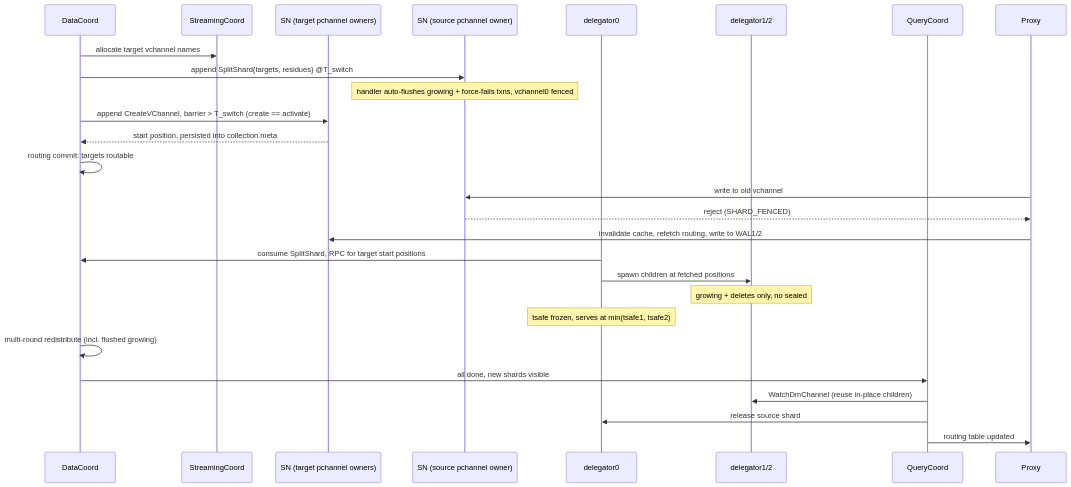
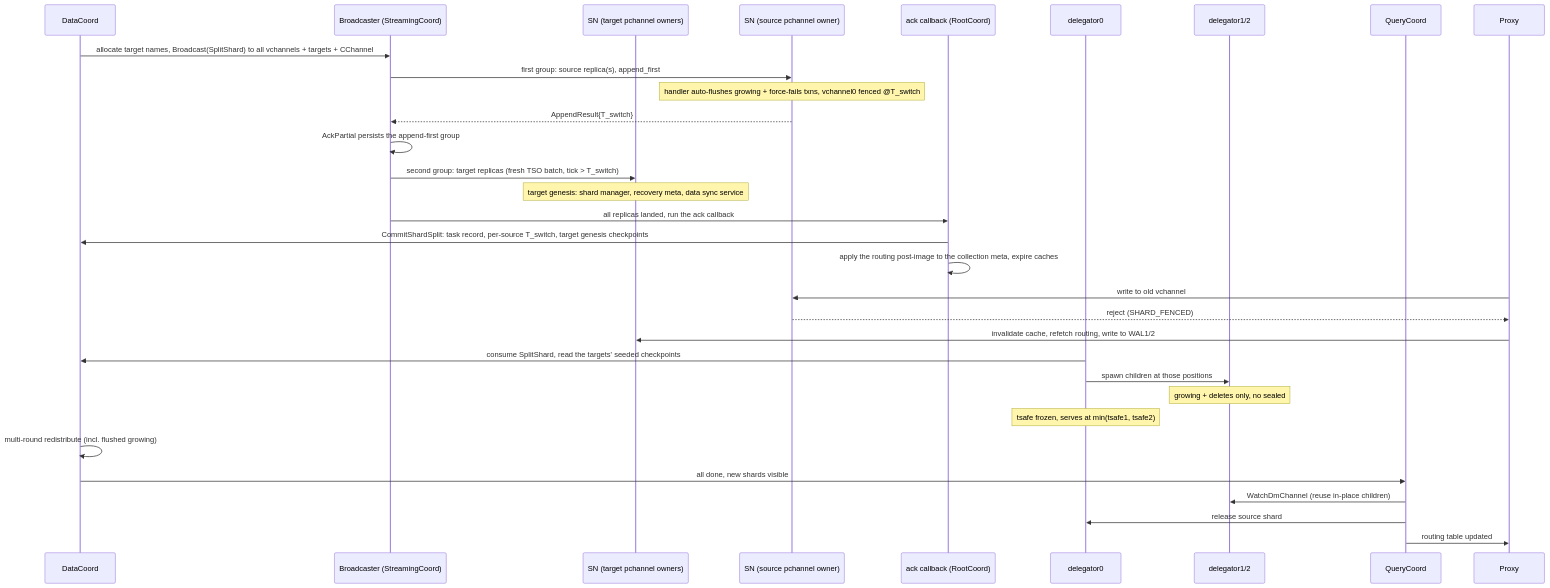
One commit to milvus-io/milvus changed the second of 4 diagrams in docs/design-docs/design_docs/20260610-shard_split.md. Above: the diagram before and after it, drawn with Mermaid. The commit also changed other lines of this file and 5 other files, not shown here.

````diff
--- a/docs/design-docs/design_docs/20260610-shard_split.md
+++ b/docs/design-docs/design_docs/20260610-shard_split.md
@@ -450,29 +539,34 @@
 ```mermaid
 sequenceDiagram
     participant DC as DataCoord
-    participant SC as StreamingCoord
+    participant BC as Broadcaster (StreamingCoord)
     participant SNT as SN (target pchannel owners)
     participant SN0 as SN (source pchannel owner)
+    participant CB as ack callback (RootCoord)
     participant D0 as delegator0
     participant D12 as delegator1/2
     participant QC as QueryCoord
     participant PX as Proxy
-    DC->>SC: allocate target vchannel names
-    DC->>SN0: append SplitShard{targets, residues} @T_switch
-    Note over SN0: handler auto-flushes growing + force-fails txns, vchannel0 fenced
-    DC->>SNT: append CreateVChannel, barrier > T_switch (create == activate)
-    SNT-->>DC: start position, persisted into collection meta
-    DC->>DC: routing commit: targets routable
+    DC->>BC: allocate target names, Broadcast(SplitShard) to all vchannels + targets + CChannel
+    BC->>SN0: first group: source replica(s), append_first
+    Note over SN0: handler auto-flushes growing + force-fails txns, vchannel0 fenced @T_switch
+    SN0-->>BC: AppendResult{T_switch}
+    BC->>BC: AckPartial persists the append-first group
+    BC->>SNT: second group: target replicas (fresh TSO batch, tick > T_switch)
+    Note over SNT: target genesis: shard manager, recovery meta, data sync service
+    BC->>CB: all replicas landed, run the ack callback
+    CB->>DC: CommitShardSplit: task record, per-source T_switch, target genesis checkpoints
+    CB->>CB: apply the routing post-image to the collection meta, expire caches
     PX->>SN0: write to old vchannel
     SN0-->>PX: reject (SHARD_FENCED)
     PX->>SNT: invalidate cache, refetch routing, write to WAL1/2
-    D0->>DC: consume SplitShard, RPC for target start positions
-    D0->>D12: spawn children at fetched positions
+    D0->>DC: consume SplitShard, read the targets' seeded checkpoints
+    D0->>D12: spawn children at those positions
     Note over D12: growing + deletes only, no sealed
     Note over D0: tsafe frozen, serves at min(tsafe1, tsafe2)
     DC->>DC: multi-round redistribute (incl. flushed growing)
     DC->>QC: all done, new shards visible
     QC->>D12: WatchDmChannel (reuse in-place children)
     QC->>D0: release source shard
     QC->>PX: routing table updated
 ```
````
